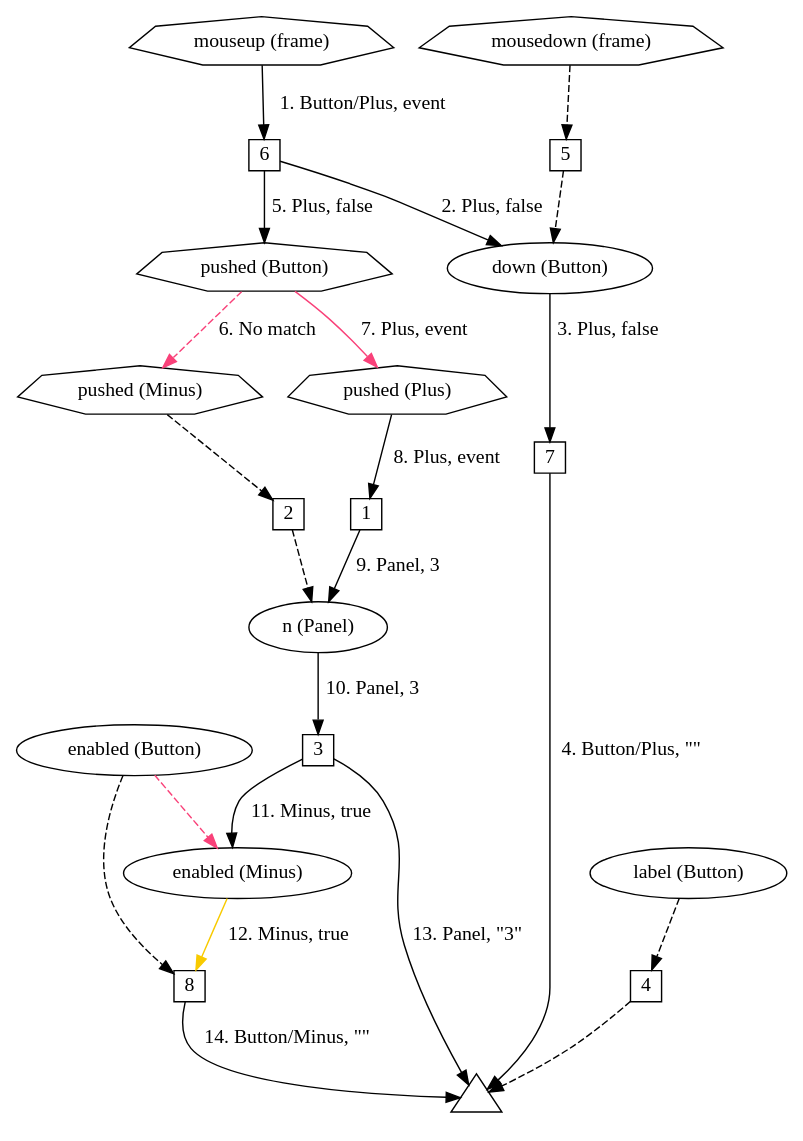
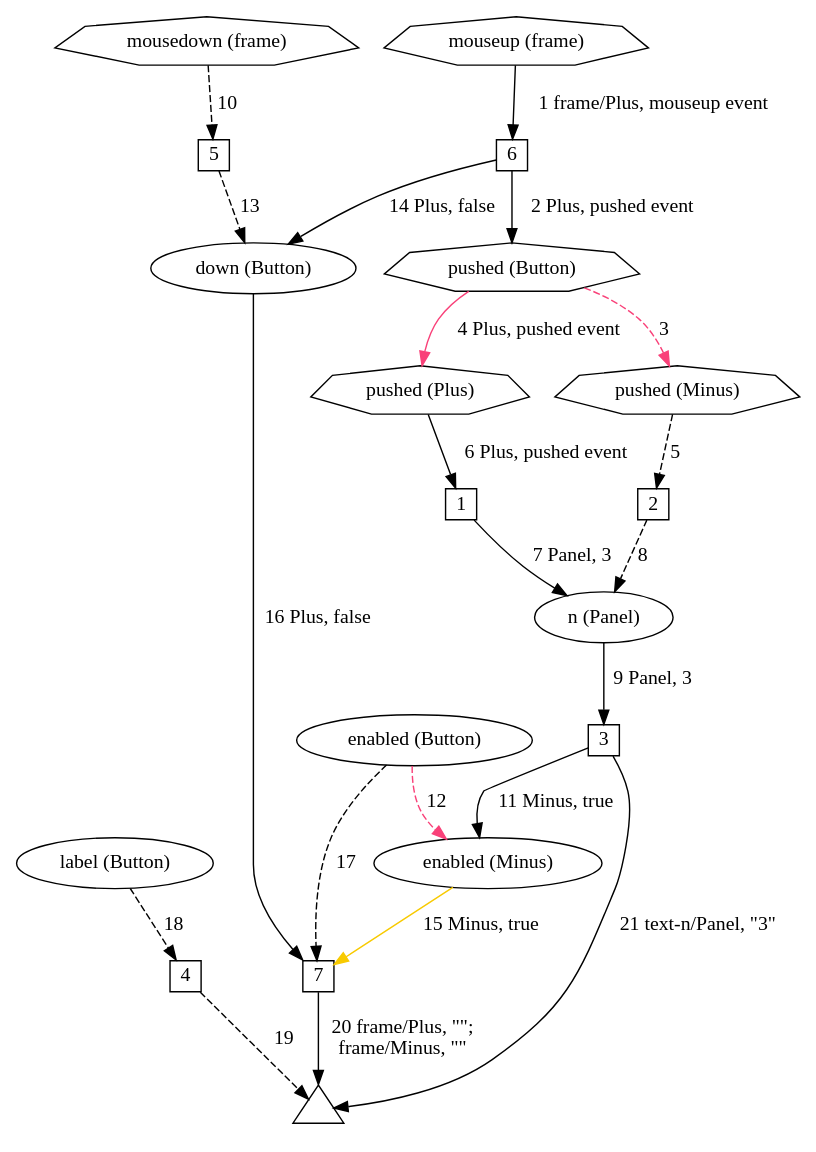
One commit to bendr/bender changed the diagram in spec/fig/graph-traverse.gv. Above: the diagram before and after it, drawn with Graphviz. The commit also changed 13 other files, not shown here.

```diff
--- a/spec/fig/graph-traverse.gv
+++ b/spec/fig/graph-traverse.gv
@@ -1,56 +1,46 @@
 digraph bender {
   node [fontname="Avenir Next"];
   edge [fontname="Avenir Next"];
 
   t [label="", shape=triangle, fixedsize=true, width=0.5];
-
+  w4 [label="4", shape=square, fixedsize=true, width=0.3];
+  label [label="label (Button)"];
+  w5 [label="5", shape=square, fixedsize=true, width=0.3];
+  mousedown [label="mousedown (frame)", shape=septagon];
+  down [label="down (Button)"];
+  w6 [label="6", shape=square, fixedsize=true, width=0.3];
+  mouseup [label="mouseup (frame)", shape=septagon];
+  pushed [label="pushed (Button)", shape=septagon];
+  w7 [label="7", shape=square, fixedsize=true, width=0.3];
+  enabled [label="enabled (Button)"];
+  w1 [label="1", shape=square, fixedsize=true, width=0.3];
   ppushed [label="pushed (Plus)", shape=septagon];
-  w1 [label="1", shape=square, fixedsize=true, width=0.3];
-  ppushed -> w1 [label="8. Plus, event"];
-  w1 -> n [label="9. Panel, 3"];
-
+  n [label="n (Panel)"];
+  w2 [label="2", shape=square, fixedsize=true, width=0.3];
   mpushed [label="pushed (Minus)", shape=septagon];
-  w2 [label="2", shape=square, fixedsize=true, width=0.3];
-  mpushed -> w2 [style=dashed];
-  w2 -> n [style=dashed];
-
-  n [label="n (Panel)"];
   w3 [label="3", shape=square, fixedsize=true, width=0.3];
   menabled [label="enabled (Minus)"];
-  n -> w3 [label="10. Panel, 3"];
-  w3 -> t [label="13. Panel, \"3\""];
-  w3 -> menabled [label="11. Minus, true"];
 
-  label [label="label (Button)"];
-  w4 [label="4", shape=square, fixedsize=true, width=0.3];
-  label -> w4 [style=dashed];
-  w4 -> t [style=dashed];
-
-  mousedown [label="mousedown (frame)", shape=septagon];
-  w5 [label="5", shape=square, fixedsize=true, width=0.3];
-  down [label="down (Button)"];
-  mousedown -> w5 [style=dashed];
-  w5 -> down [style=dashed];
-
-  mouseup [label="mouseup (frame)", shape=septagon];
-  w6 [label="6", shape=square, fixedsize=true, width=0.3];
-  mouseup -> w6 [label="1. Button/Plus, event"];
-  w6 -> down [label="2. Plus, false"];
-  w6 -> pushed [label="5. Plus, false"];
-
-  pushed [label="pushed (Button)", shape=septagon];
-  pushed -> ppushed [label="7. Plus, event", color="#f94179"];
-  pushed -> mpushed [label="6. No match", style=dashed, color="#f94179"];
-
-  w7 [label="7", shape=square, fixedsize=true, width=0.3];
-  down -> w7 [label="3. Plus, false"];
-  w7 -> t [label="4. Button/Plus, \"\""];
-
-  w8 [label="8", shape=square, fixedsize=true, width=0.3];
-  enabled -> w8 [style=dashed];
-  enabled -> menabled [style=dashed, color="#f94179"];
-  enabled [label="enabled (Button)"];
-  menabled -> w8 [label="12. Minus, true", color="#f8ca00"];
-  w8 -> t [label="14. Button/Minus, \"\""];
+  mouseup -> w6 [label=" 1 frame/Plus, mouseup event"];
+  w6 -> pushed [label=" 2 Plus, pushed event"];
+  pushed -> mpushed [label=" 3", color="#f94179", style=dashed];
+  pushed -> ppushed [label=" 4 Plus, pushed event", color="#f94179"];
+  mpushed -> w2 [label=" 5", style=dashed];
+  ppushed -> w1 [label=" 6 Plus, pushed event"];
+  w1 -> n [label=" 7 Panel, 3"];
+  w2 -> n [label=" 8", style=dashed];
+  n -> w3 [label=" 9 Panel, 3"];
+  mousedown -> w5 [label=" 10", style=dashed];
+  w3 -> menabled [label=" 11 Minus, true"];
+  enabled -> menabled [label=" 12", color="#f94179", style=dashed];
+  w5 -> down [label=" 13", style=dashed];
+  w6 -> down [label=" 14 Plus, false"];
+  menabled -> w7 [label=" 15 Minus, true", color="#f8ca00"];
+  down -> w7 [label=" 16 Plus, false"];
+  enabled -> w7 [label=" 17", style=dashed];
+  label -> w4 [label=" 18", style=dashed];
+  w4 -> t [label=" 19", style=dashed];
+  w7 -> t [label=" 20 frame/Plus, \"\";\n frame/Minus, \"\""];
+  w3 -> t [label=" 21 text-n/Panel, \"3\""];
 
 }
```
